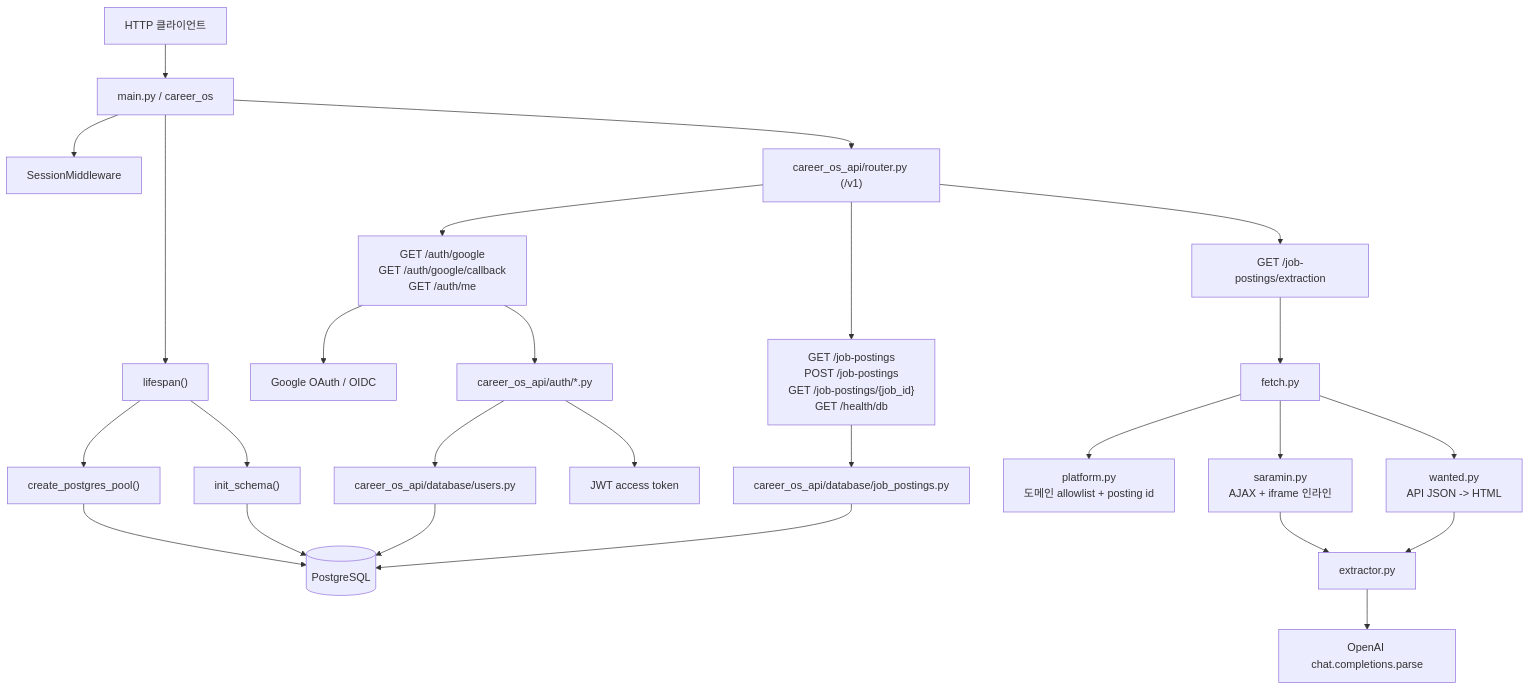
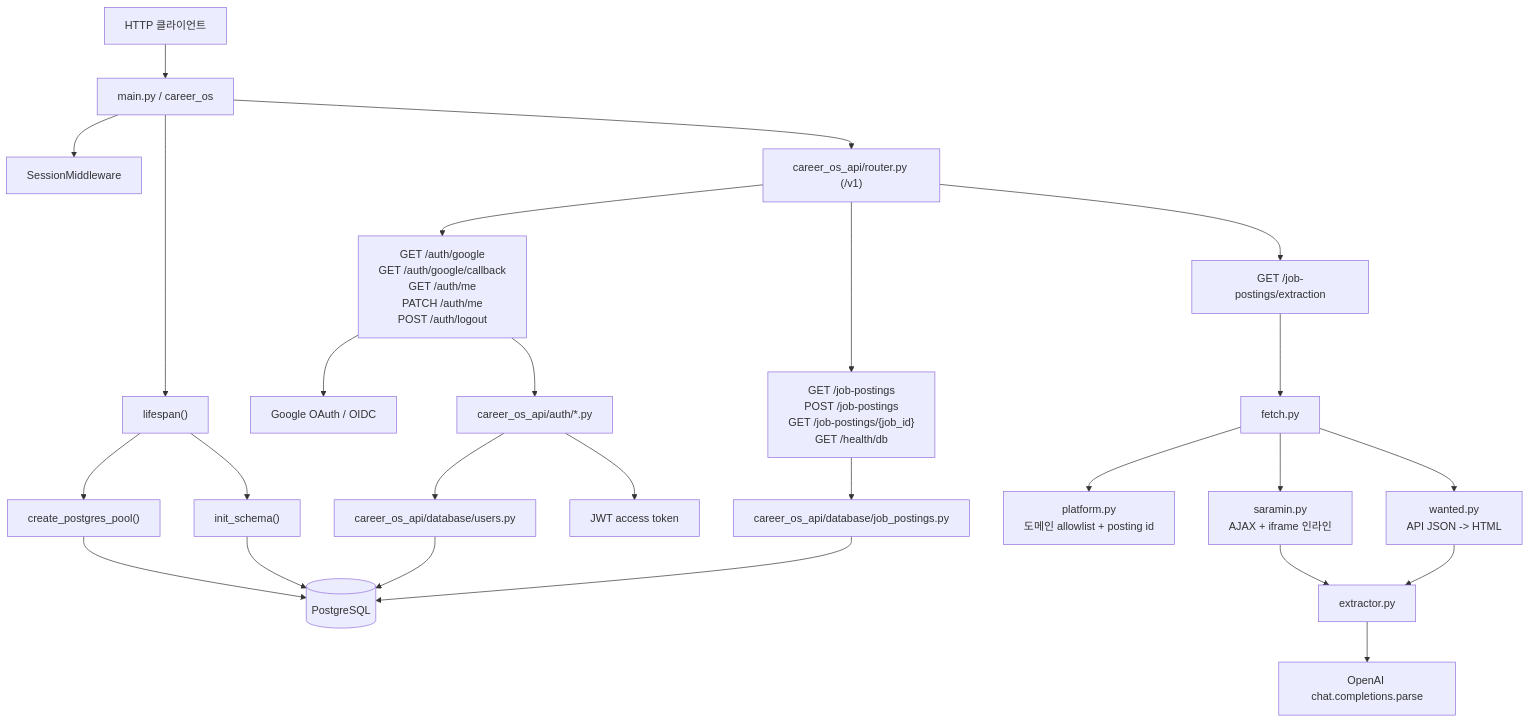
One commit to dongju93/career-os changed the diagram in README.md. Above: the diagram before and after it, drawn with Mermaid. The commit also changed other lines of this file, not shown here.

````diff
--- a/README.md
+++ b/README.md
@@ -72,32 +75,32 @@
 ```mermaid
 graph TD
     Client["HTTP 클라이언트"] --> App["main.py / career_os"]
     App --> Lifespan["lifespan()"]
     Lifespan --> Pool["create_postgres_pool()"]
     Lifespan --> DDL["init_schema()"]
     App --> Session["SessionMiddleware"]
     Pool --> Postgres[(PostgreSQL)]
     DDL --> Postgres
 
     App --> Router["career_os_api/router.py (/v1)"]
 
-    Router --> AuthRoutes["GET /auth/google<br/>GET /auth/google/callback<br/>GET /auth/me"]
+    Router --> AuthRoutes["GET /auth/google<br/>GET /auth/google/callback<br/>GET /auth/me<br/>PATCH /auth/me<br/>POST /auth/logout"]
     AuthRoutes --> Google["Google OAuth / OIDC"]
     AuthRoutes --> AuthDeps["career_os_api/auth/*.py"]
     AuthDeps --> UsersRepo["career_os_api/database/users.py"]
     UsersRepo --> Postgres
     AuthDeps --> JWT["JWT access token"]
 
     Router --> PostingRoutes["GET /job-postings<br/>POST /job-postings<br/>GET /job-postings/{job_id}<br/>GET /health/db"]
     PostingRoutes --> PostingRepo["career_os_api/database/job_postings.py"]
     PostingRepo --> Postgres
 
     Router --> ExtractionRoute["GET /job-postings/extraction"]
     ExtractionRoute --> Fetch["fetch.py"]
     Fetch --> Platform["platform.py<br/>도메인 allowlist + posting id"]
     Fetch --> Saramin["saramin.py<br/>AJAX + iframe 인라인"]
     Fetch --> Wanted["wanted.py<br/>API JSON -> HTML"]
     Saramin --> Extractor["extractor.py"]
     Wanted --> Extractor
     Extractor --> OpenAI["OpenAI chat.completions.parse"]
 ```
````
